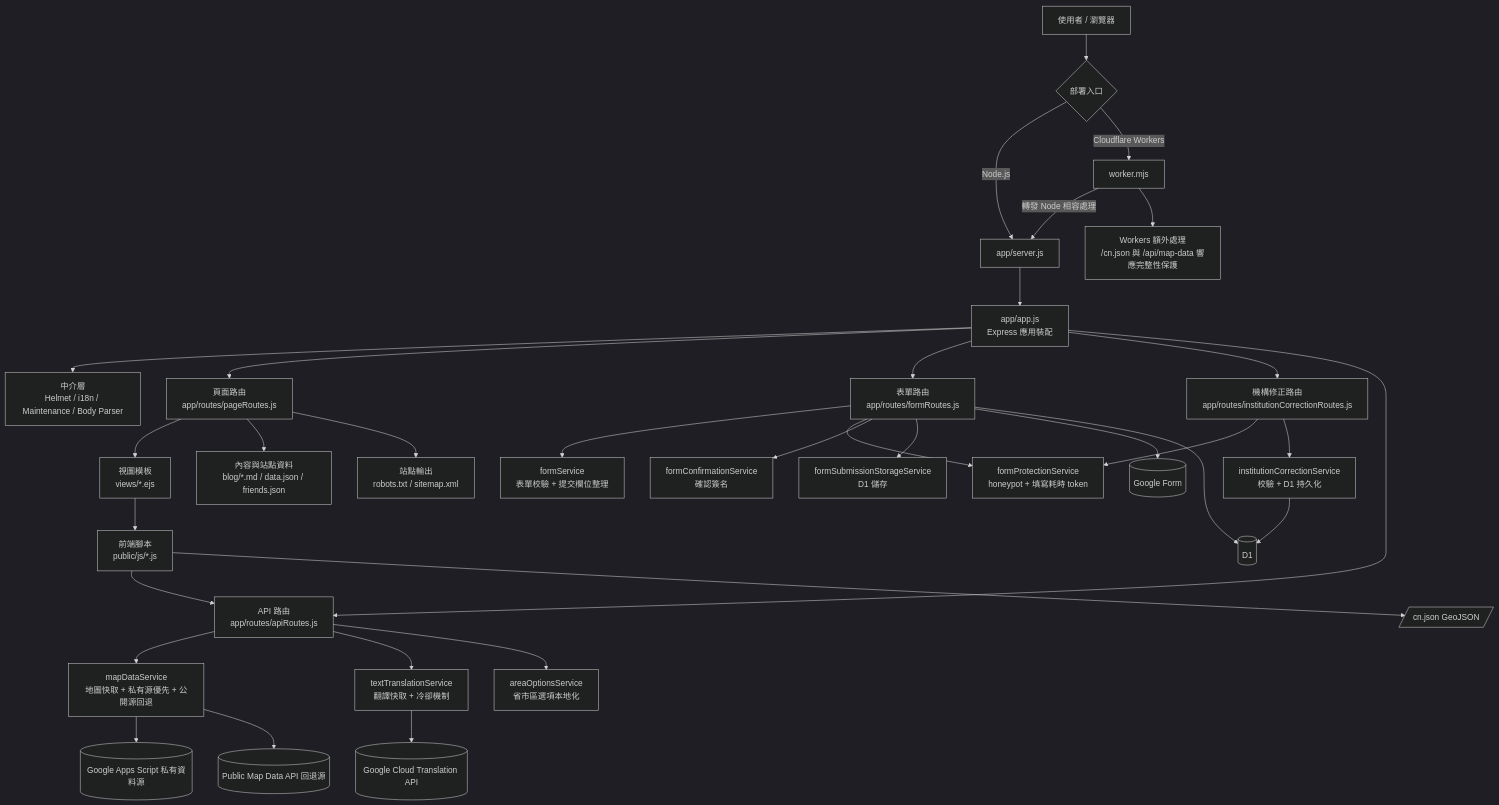
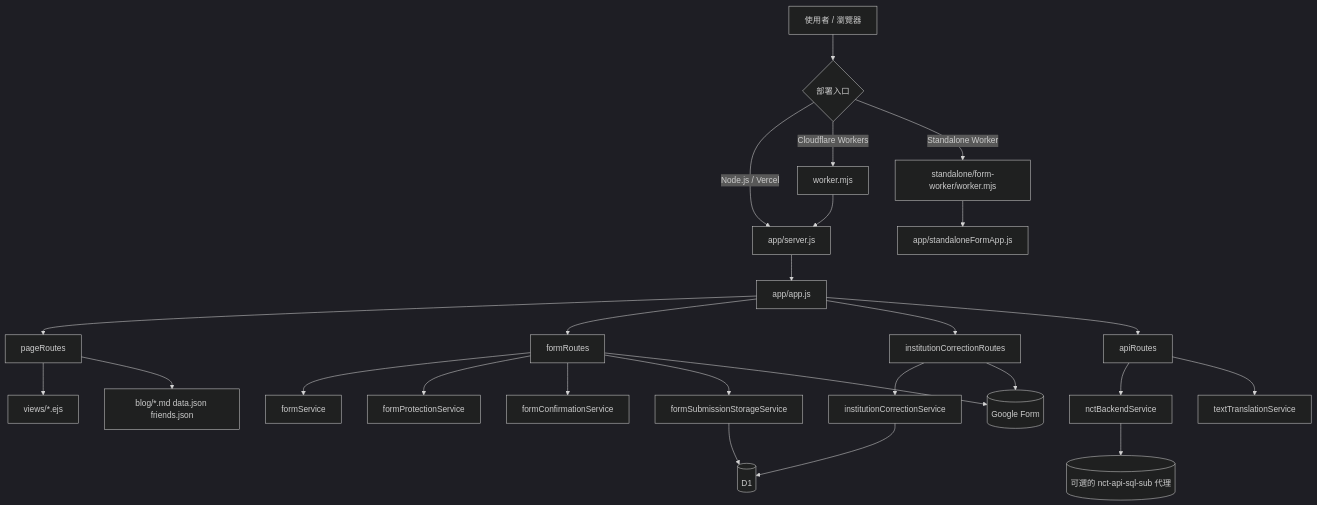
Before and after one commit to NO-CONVERSION-THERAPY/NCT_old: the diagram in README.zh-TW.md, drawn with Mermaid (dark theme). The commit also changed other lines of this file and 2 other files, not shown here.

````diff
--- a/README.zh-TW.md
+++ b/README.zh-TW.md
@@ -93,46 +96,34 @@
 ```mermaid
 flowchart TD
   U[使用者 / 瀏覽器]
 
   U --> R{部署入口}
-  R -->|Node.js| N[app/server.js]
+  R -->|Node.js / Vercel| N[app/server.js]
   R -->|Cloudflare Workers| W[worker.mjs]
-  W -->|轉發 Node 相容處理| N
+  R -->|Standalone Worker| SW[standalone/form-worker/worker.mjs]
 
-  N --> A[app/app.js<br/>Express 應用裝配]
+  W --> N
+  SW --> SF[app/standaloneFormApp.js]
+  N --> A[app/app.js]
 
-  A --> M[中介層<br/>Helmet / i18n / Maintenance / Body Parser]
-  A --> P[頁面路由<br/>app/routes/pageRoutes.js]
-  A --> F[表單路由<br/>app/routes/formRoutes.js]
-  A --> IC[機構修正路由<br/>app/routes/institutionCorrectionRoutes.js]
-  A --> I[API 路由<br/>app/routes/apiRoutes.js]
+  A --> P[pageRoutes]
+  A --> F[formRoutes]
+  A --> C[institutionCorrectionRoutes]
+  A --> API[apiRoutes]
 
-  P --> V[視圖模板<br/>views/*.ejs]
-  P --> C1[內容與站點資料<br/>blog/*.md / data.json / friends.json]
-  P --> S1[站點輸出<br/>robots.txt / sitemap.xml]
+  P --> V[views/*.ejs]
+  P --> CONTENT[blog/*.md data.json friends.json]
+  F --> FS[formService]
+  F --> FP[formProtectionService]
+  F --> FC[formConfirmationService]
+  F --> FD1[formSubmissionStorageService]
+  C --> ICS[institutionCorrectionService]
+  API --> BACKEND[nctBackendService]
+  API --> T[textTranslationService]
 
-  F --> FS[formService<br/>表單校驗 + 提交欄位整理]
-  F --> FP[formProtectionService<br/>honeypot + 填寫耗時 token]
-  F --> FC[formConfirmationService<br/>確認簽名]
-  F --> FD1[formSubmissionStorageService<br/>D1 儲存]
+  FD1 --> D1[(D1)]
+  ICS --> D1
   F --> GF[(Google Form)]
-  F --> D1[(D1)]
-
-  IC --> FP
-  IC --> ICS[institutionCorrectionService<br/>校驗 + D1 持久化]
-  ICS --> D1
-
-  I --> MD[mapDataService<br/>地圖快取 + 私有源優先 + 公開源回退]
-  I --> TS[textTranslationService<br/>翻譯快取 + 冷卻機制]
-  I --> AO[areaOptionsService<br/>省市區選項本地化]
-
-  MD --> GAS[(Google Apps Script 私有資料源)]
-  MD --> PM[(Public Map Data API 回退源)]
-  TS --> GCT[(Google Cloud Translation API)]
-
-  V --> J[前端腳本<br/>public/js/*.js]
-  J --> I
-  J --> CN[/cn.json GeoJSON/]
-
-  W --> W1[Workers 額外處理<br/>/cn.json 與 /api/map-data 響應完整性保護]
+  C --> GF
+  BACKEND --> SUB[(可選的 nct-api-sql-sub 代理)]
 ```
````
